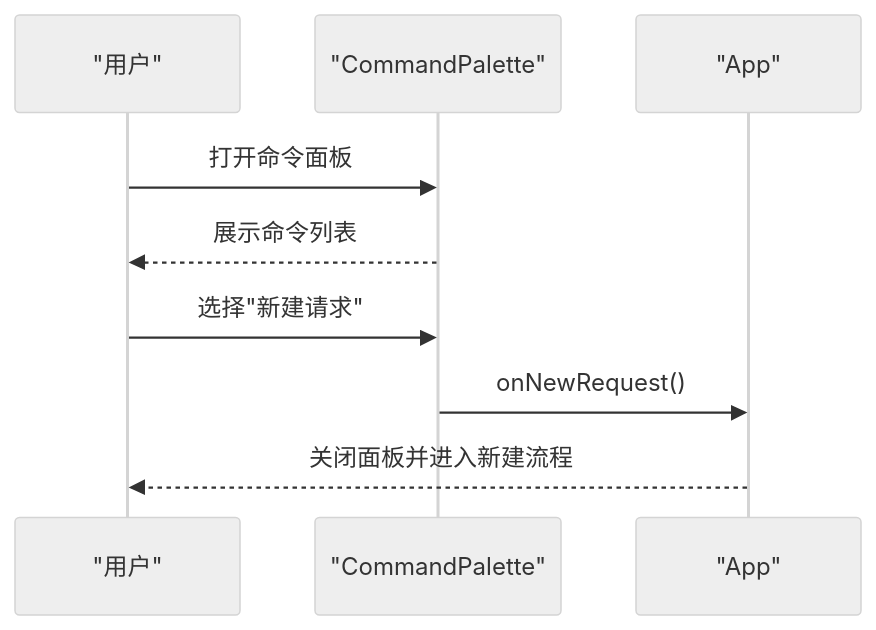
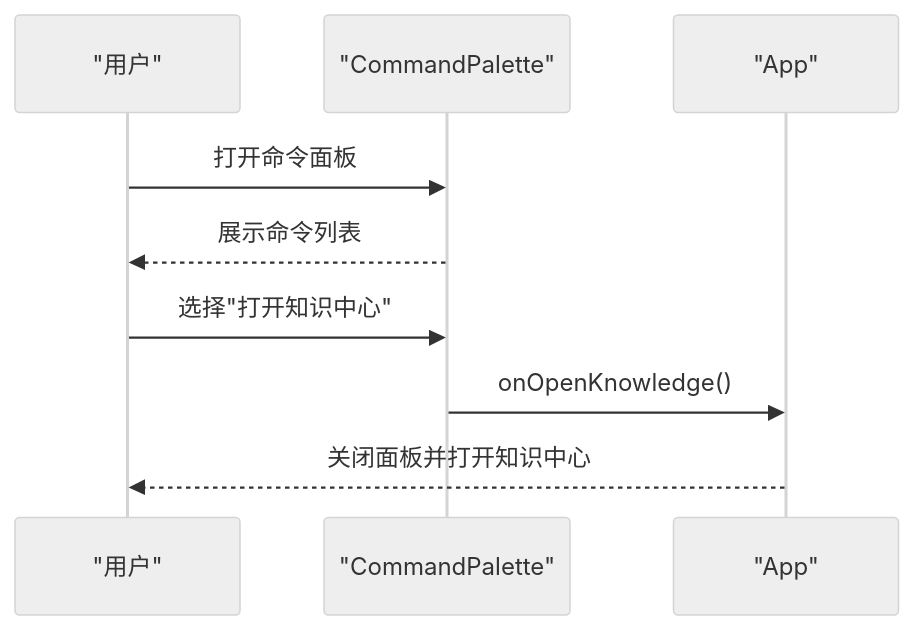
The fourth of 14 diagrams in .qoder/repowiki/zh/content/Web 前端应用/Web 前端应用.md (coconilu/RepoHelm), drawn with Mermaid (neutral theme) before and after one commit. The commit also changed other lines of this file and 9 other files, not shown here.

First line of the commit message:
docs(zh): add KnowledgeCenter, Markdown & Mermaid

````diff
--- a/.qoder/repowiki/zh/content/Web 前端应用/Web 前端应用.md
+++ b/.qoder/repowiki/zh/content/Web 前端应用/Web 前端应用.md
@@ -205,11 +235,11 @@
 ```mermaid
 sequenceDiagram
 participant U as "用户"
 participant CP as "CommandPalette"
 participant A as "App"
 U->>CP : 打开命令面板
 CP-->>U : 展示命令列表
-U->>CP : 选择"新建请求"
-CP->>A : onNewRequest()
-A-->>U : 关闭面板并进入新建流程
+U->>CP : 选择"打开知识中心"
+CP->>A : onOpenKnowledge()
+A-->>U : 关闭面板并打开知识中心
 ```
````
